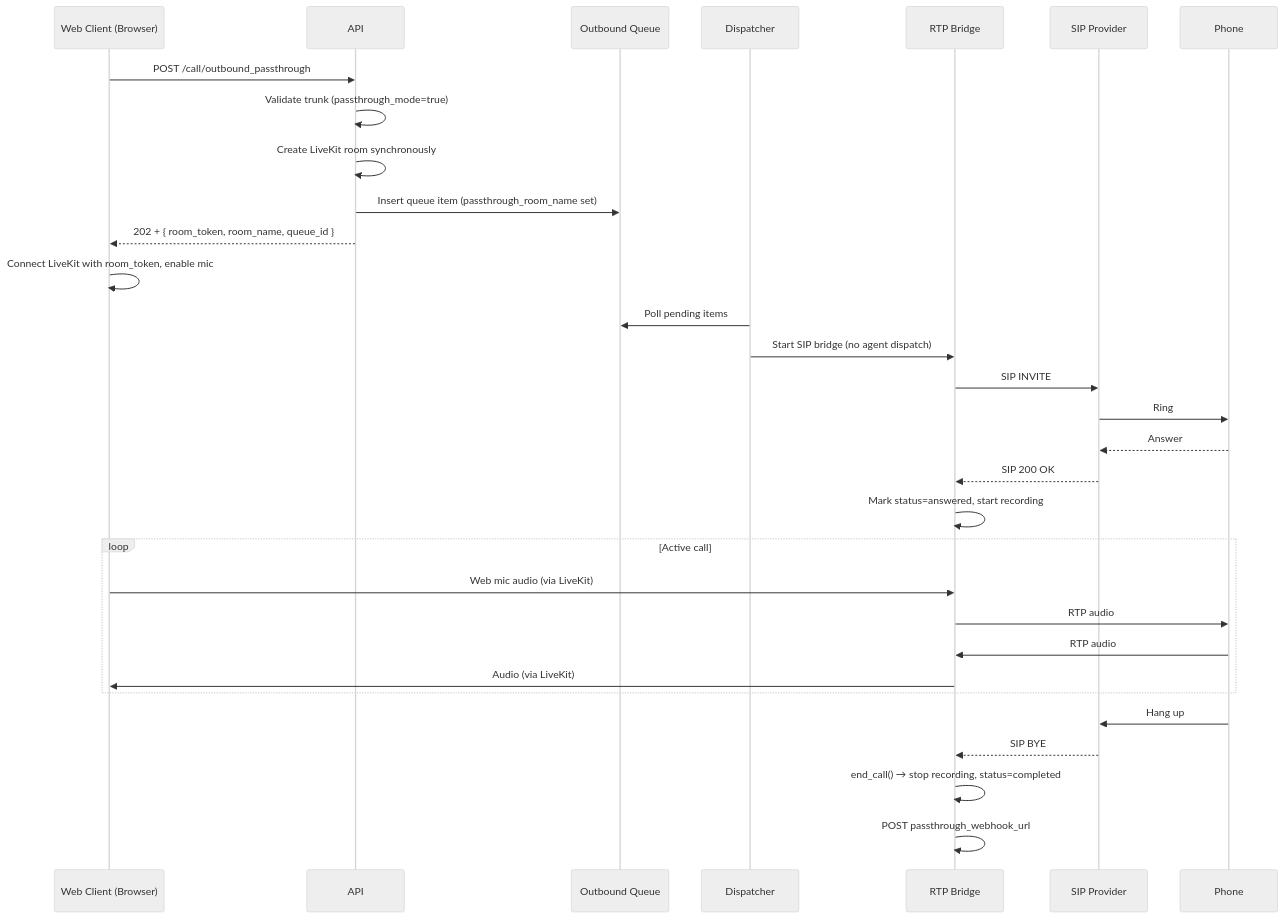
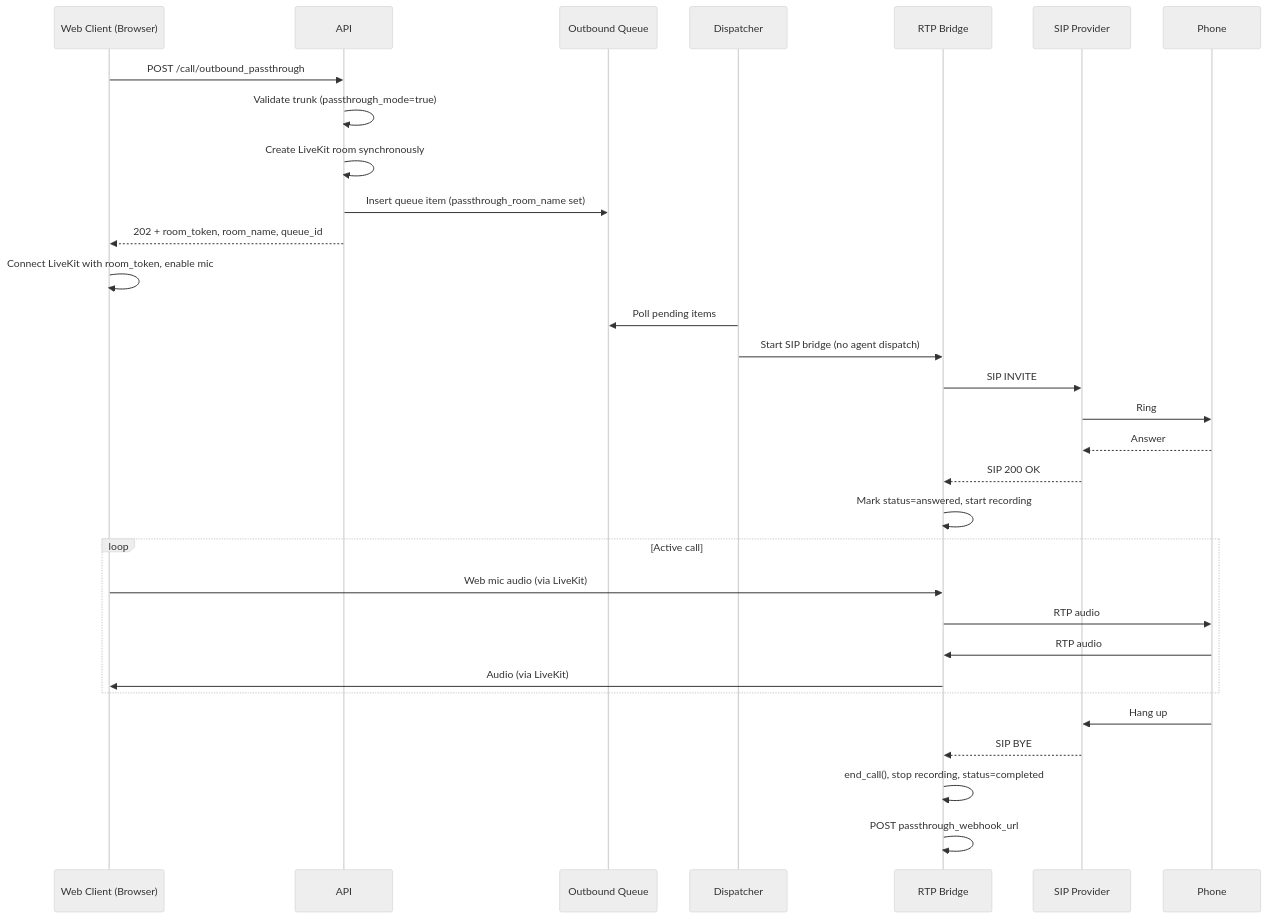
Before and after one commit to ShubhamX-AI/api_livekit: the second of 3 diagrams in docs/api/calls/flow.md, drawn with Mermaid (neutral theme). The commit also changed 2 other files, not shown here.

Commit message:
docs: fix Mermaid syntax errors in flow diagrams
  Nested alt blocks and curly braces in labels broke diagram
  rendering. Unicode arrows (→) replaced for parser safety.

  - Flatten nested alt in architecture.md inbound sequence
  - Flatten nested alt in inbound/flow.md routing block
  - Remove {} from all message labels (call_hold, call_resume,
    room_token, queue_id, status)
  - Replace → with = or plain text in label strings

````diff
--- a/docs/api/calls/flow.md
+++ b/docs/api/calls/flow.md
@@ -116,35 +116,35 @@
 ```mermaid
 sequenceDiagram
     participant WebClient as Web Client (Browser)
     participant API
     participant Queue as Outbound Queue
     participant Dispatcher
     participant Bridge as RTP Bridge
     participant Provider as SIP Provider
     participant Phone
 
     WebClient->>API: POST /call/outbound_passthrough
     API->>API: Validate trunk (passthrough_mode=true)
     API->>API: Create LiveKit room synchronously
     API->>Queue: Insert queue item (passthrough_room_name set)
-    API-->>WebClient: 202 + { room_token, room_name, queue_id }
+    API-->>WebClient: 202 + room_token, room_name, queue_id
     WebClient->>WebClient: Connect LiveKit with room_token, enable mic
 
     Dispatcher->>Queue: Poll pending items
     Dispatcher->>Bridge: Start SIP bridge (no agent dispatch)
     Bridge->>Provider: SIP INVITE
     Provider->>Phone: Ring
     Phone-->>Provider: Answer
     Provider-->>Bridge: SIP 200 OK
     Bridge->>Bridge: Mark status=answered, start recording
     loop Active call
         WebClient->>Bridge: Web mic audio (via LiveKit)
         Bridge->>Phone: RTP audio
         Phone->>Bridge: RTP audio
         Bridge->>WebClient: Audio (via LiveKit)
     end
     Phone->>Provider: Hang up
     Provider-->>Bridge: SIP BYE
-    Bridge->>Bridge: end_call() → stop recording, status=completed
+    Bridge->>Bridge: end_call(), stop recording, status=completed
     Bridge->>Bridge: POST passthrough_webhook_url
 ```
````
